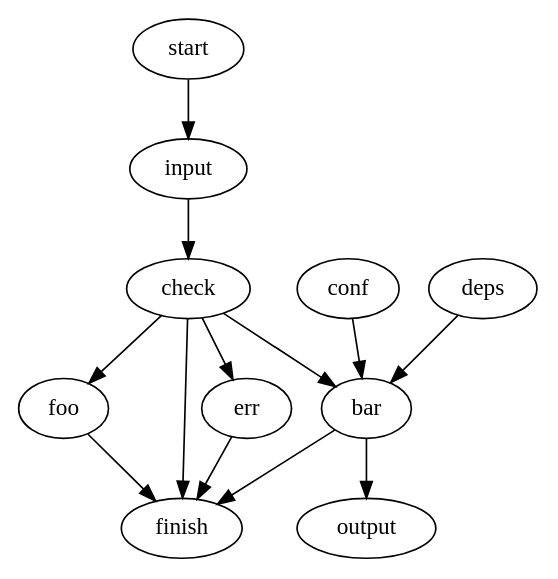
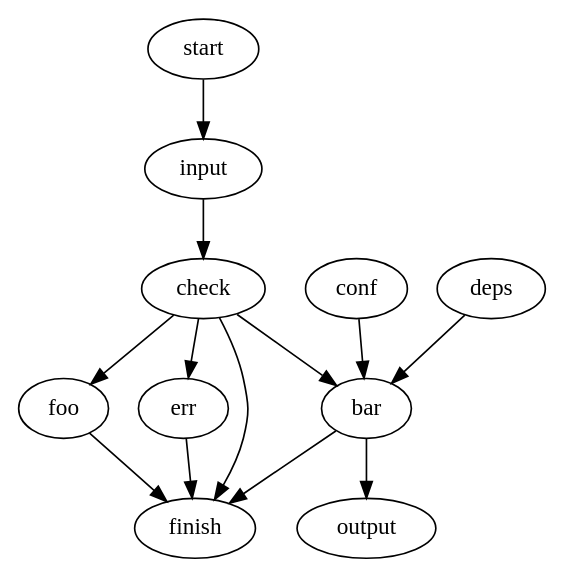
One commit to lijh8/misc changed the diagram in other/graphviz.dot. Above: the diagram before and after it, drawn with Graphviz.

```diff
--- a/other/graphviz.dot
+++ b/other/graphviz.dot
@@ -1,42 +1,40 @@
 /**
  * https://graphviz.org/about/ ,
  * https://magjac.com/graphviz-visual-editor/ ,
  * https://dreampuf.github.io/GraphvizOnline/ ,
  * 
- * One edgeop per line; easier to add attributes after the edge.
- * Do not chain more than one edges in one statement.
- * Chaining disallowed if prior node or edge has attributes.
- * Group edges from same source node first.
- * Group edges to same destination node.
+ * - Put edges with lower rank nodes first.
+ * - Put edges with same rank nodes adjacent.
+ * - Do not chain two edges in one statement,
+ *     easier to add attributes after the edge.
  * 
  * generate image using command:
  *   $ apt install graphviz
  *   $ dot -Tpng example.dot -o example.png
  * 
  * use image in markdown example.md:
  *   ![](example.png)
  * 
  * then preview markdown in vscode.
  * 
  * similar flow chart diagram tools:
  *   mermaid chart, yED, visio.
  */
 // example.dot
 digraph {
     start -> input;
     input -> check;
     
-    // group edges from same source node first
     check -> foo;
-    check -> finish;
     check -> err;
     check -> bar;
+    check -> finish;
     
     foo -> finish;
     err -> finish;
     bar -> finish;
     
+    bar -> output;
     conf -> bar;
-    bar -> output;
     deps -> bar;
 }
```
